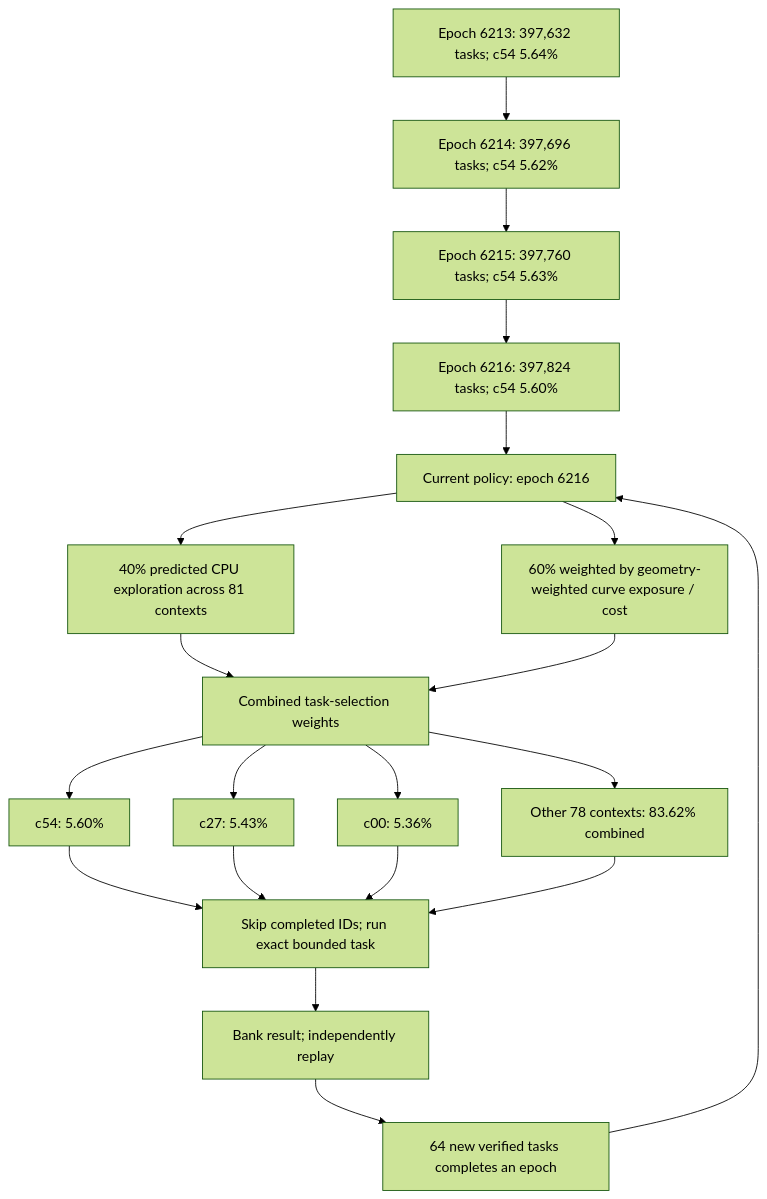
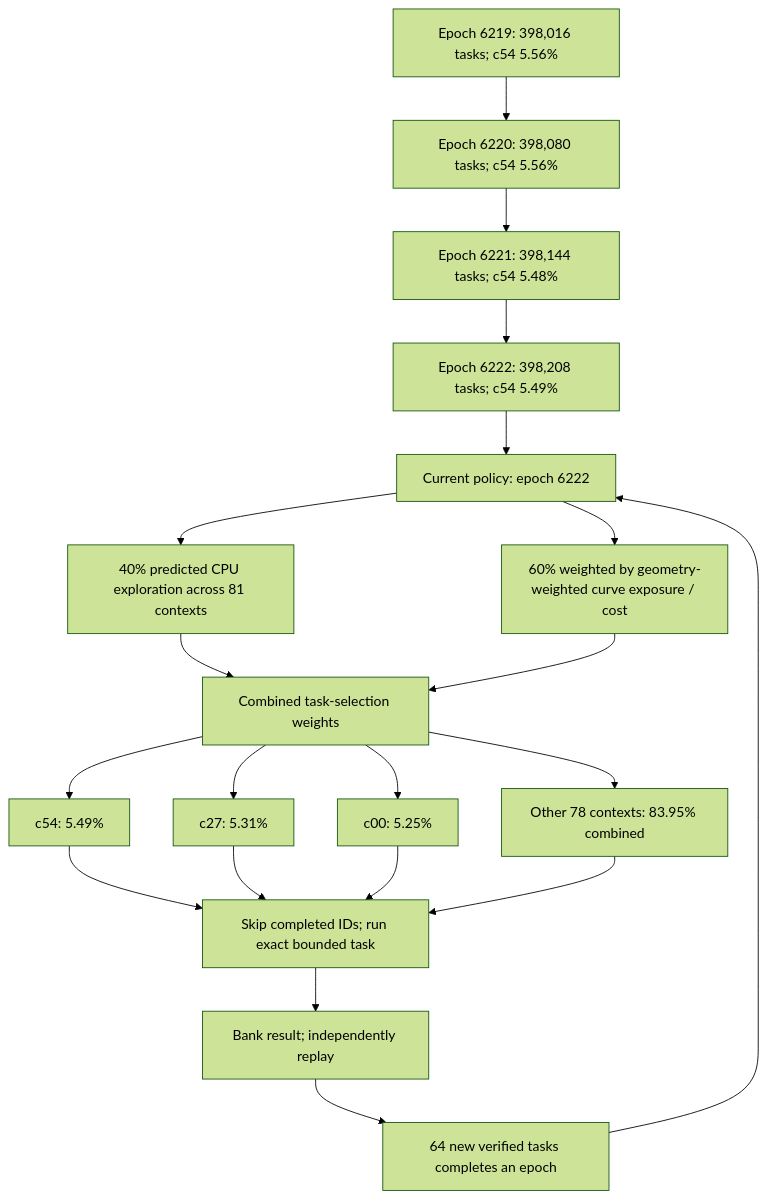
The first of 4 diagrams in README.md (Kuberwastaken/math-gambling), drawn with Mermaid (forest theme) before and after one commit. The commit also changed other lines of this file and 935 other files, not shown here.

````diff
--- a/README.md
+++ b/README.md
@@ -60,27 +60,27 @@
 ```mermaid
 flowchart TD
-    H0["Epoch 6213: 397,632 tasks; c54 5.64%"]
-    H1["Epoch 6214: 397,696 tasks; c54 5.62%"]
+    H0["Epoch 6219: 398,016 tasks; c54 5.56%"]
+    H1["Epoch 6220: 398,080 tasks; c54 5.56%"]
     H0 --> H1
-    H2["Epoch 6215: 397,760 tasks; c54 5.63%"]
+    H2["Epoch 6221: 398,144 tasks; c54 5.48%"]
     H1 --> H2
-    H3["Epoch 6216: 397,824 tasks; c54 5.60%"]
+    H3["Epoch 6222: 398,208 tasks; c54 5.49%"]
     H2 --> H3
-    Policy["Current policy: epoch 6216"]
+    Policy["Current policy: epoch 6222"]
     H3 --> Policy
     Policy --> Explore["40% predicted CPU exploration across 81 contexts"]
     Policy --> Cost["60% weighted by geometry-weighted curve exposure / cost"]
     Explore --> Mix["Combined task-selection weights"]
     Cost --> Mix
-    Mix --> C0["c54: 5.60%"]
-    Mix --> C1["c27: 5.43%"]
-    Mix --> C2["c00: 5.36%"]
-    Mix --> Rest["Other 78 contexts: 83.62% combined"]
+    Mix --> C0["c54: 5.49%"]
+    Mix --> C1["c27: 5.31%"]
+    Mix --> C2["c00: 5.25%"]
+    Mix --> Rest["Other 78 contexts: 83.95% combined"]
     C0 --> Check["Skip completed IDs; run exact bounded task"]
     C1 --> Check
     C2 --> Check
     Rest --> Check
     Check --> Replay["Bank result; independently replay"]
     Replay --> Gate["64 new verified tasks completes an epoch"]
     Gate --> Policy
 ```
````
